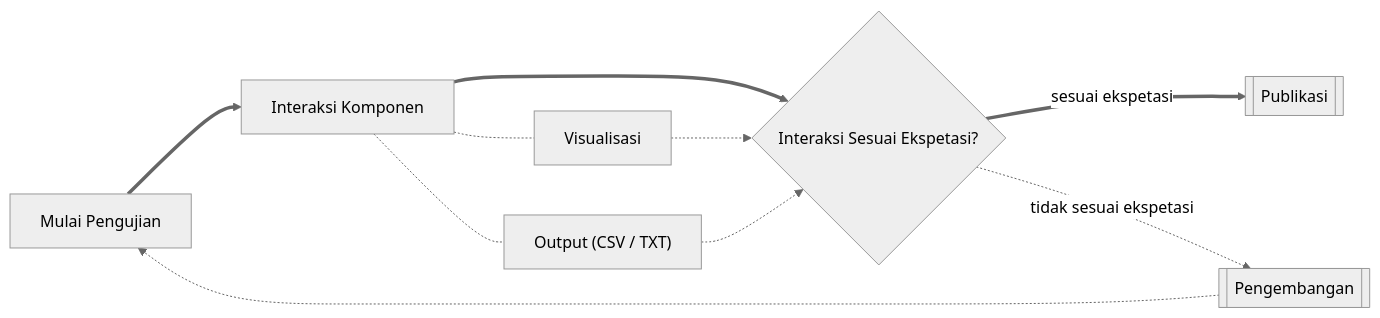
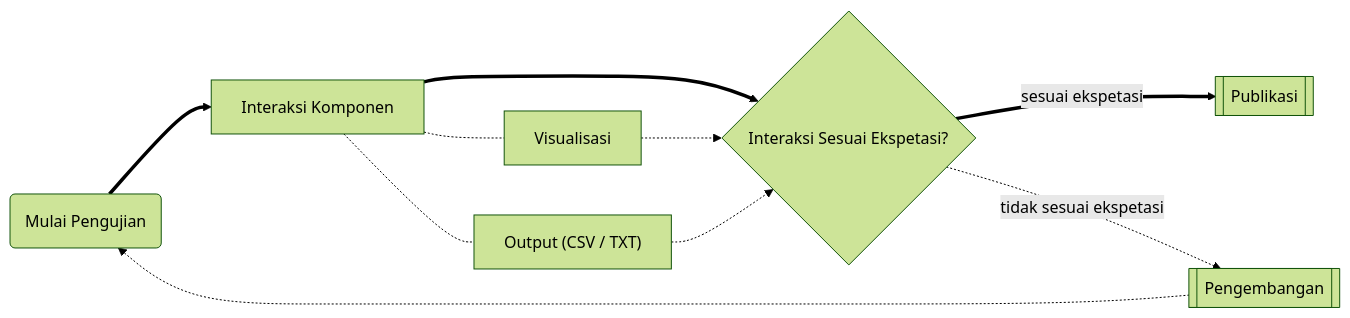
Before and after one commit to fiakoengineering/manual: the second of 5 diagrams in webapps/webapps-rainfall.qmd, drawn with Mermaid. The commit also changed other lines of this file and 4 other files, not shown here.

Commit message:
add explaination + diagram

````diff
--- a/webapps/webapps-rainfall.qmd
+++ b/webapps/webapps-rainfall.qmd
@@ -258,26 +258,26 @@
 ```{mermaid}
 %%| label: fig-testing-apps
 %%| fig-cap: Gambaran pengujian aplikasi secara manual.
 %%| fig-height: 100%
 %%| fig-align: center
-%%{ init: { 'flowchart': { 'curve': 'bump'}, 'theme': 'neutral' } }%%
+%%{ init: { 'flowchart': { 'curve': 'bump'}, 'theme': 'forest' } }%%
 flowchart LR
-    pengujian[Mulai Pengujian]
+    pengujian(Mulai Pengujian)
     pengembangan[[Pengembangan]]
     publikasi[[Publikasi]]
     interaksi[Interaksi Komponen]
     intended{Interaksi Sesuai Ekspetasi?}
     visualisasi[Visualisasi]
     output["Output (CSV / TXT)"]
 
     intended == sesuai ekspetasi ==> publikasi
     pengujian ==> interaksi
     interaksi ==> intended
     interaksi -.- visualisasi
     interaksi -.- output
     pengembangan -.-> pengujian
     visualisasi -.-> intended
     output -.-> intended
     intended -. tidak sesuai ekspetasi .-> pengembangan
 
 ```
````
